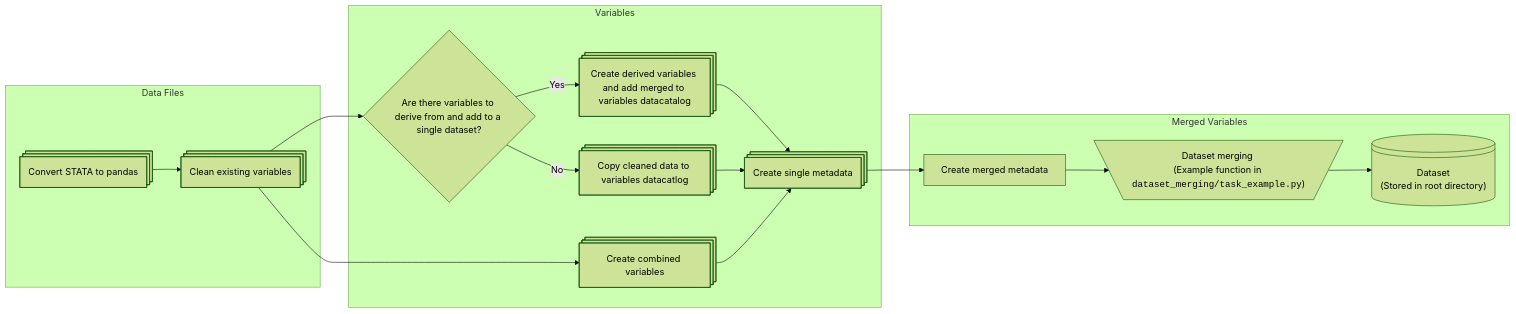
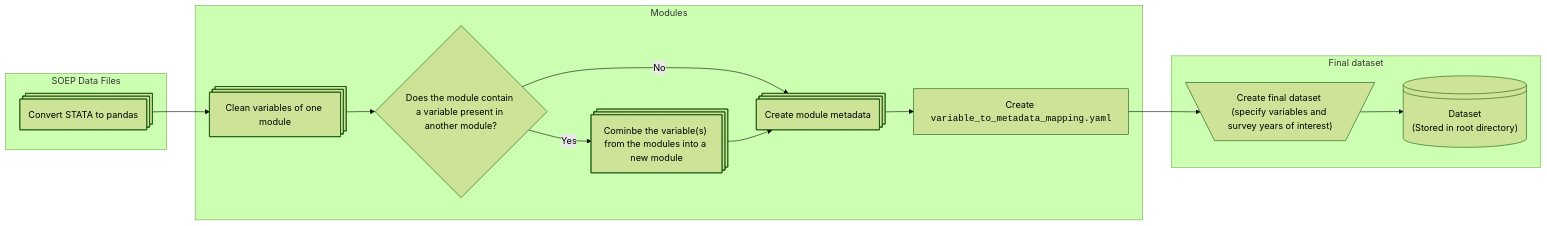
Before and after one commit to ttsim-dev/soep-preparation: the diagram in README.md, drawn with Mermaid (forest theme). The commit also changed other lines of this file and 6 other files, not shown here.

````diff
--- a/README.md
+++ b/README.md
@@ -17,22 +17,20 @@
 ```mermaid
 flowchart LR
-  subgraph Data Files
-    id1@{ shape: processes, label: "Convert STATA to pandas" }-->id2@{ shape: processes, label: "Clean existing variables" }
+  subgraph SOEP Data Files
+    id1@{ shape: processes, label: "Convert STATA to pandas" }
   end
 
-  subgraph Variables
-    id2-->idDecision1{Are there variables to derive from and add to a single dataset?}
-    idDecision1-->|Yes|id3@{ shape: processes, label: "Create derived variables and add merged to variables datacatalog" }
-    idDecision1-->|No|id4@{ shape: processes, label: "Copy cleaned data to variables datacatlog" }
-    id2-->id5@{ shape: processes, label: "Create combined variables" }
-    id3-->id6@{ shape: processes, label: "Create single metadata" }
-    id4-->id6
-    id5-->id6
+  subgraph Modules
+    id1-->id2@{ shape: processes, label: "Clean variables of one module" }
+    id2-->idDecision1{Does the module contain a variable present in another module?}
+    idDecision1-->|Yes|id3@{ shape: processes, label: "Cominbe the variable(s) from the modules into a new module" }
+    idDecision1-->|No|id4@{ shape: processes, label: "Create module metadata" }
+    id3-->id4
+    id4-->id5["Create <code>variable_to_metadata_mapping.yaml</code>"]
   end
 
-  subgraph Merged Variables
-    id6-->id7["Create merged metadata"]
-    id7-->id8@{ shape: trap-t, label: "Dataset merging \n(Example function in <code>dataset_merging/task_example.py</code>)" }
-    id8-->id9@{ shape: lin-cyl, label: "Dataset \n(Stored in root directory)" }
+  subgraph Final dataset
+    id5-->id6@{ shape: trap-t, label: "Create final dataset (specify variables and survey years of interest)" }
+    id6-->id7@{ shape: lin-cyl, label: "Dataset \n(Stored in root directory)" }
   end
 ```
````
